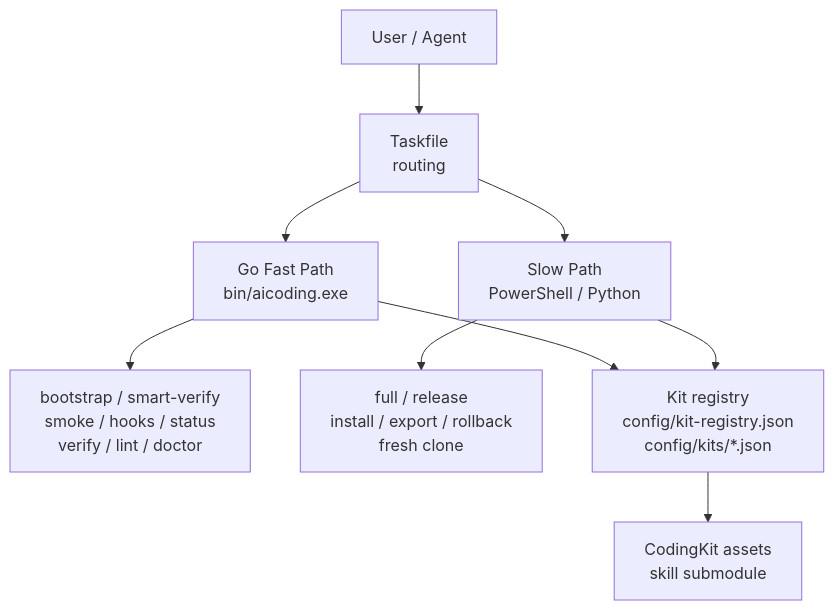
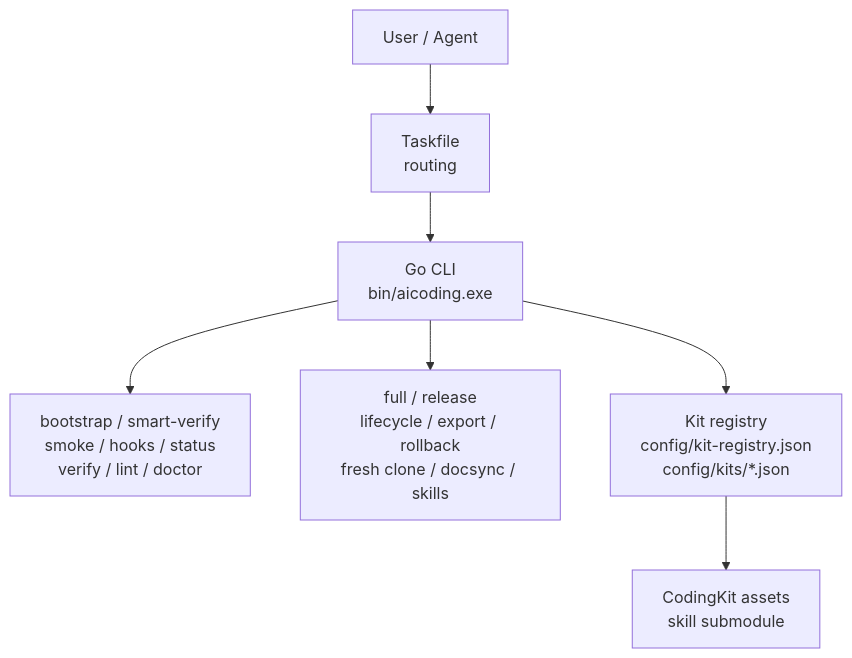
One commit to JiaxI2/AiCoding changed the diagram in README_CN.md. Above: the diagram before and after it, drawn with Mermaid. The commit also changed other lines of this file and 83 other files, not shown here.

Commit message:
feat(go): consolidate lifecycle release docsync commands

````diff
--- a/README_CN.md
+++ b/README_CN.md
@@ -51,11 +48,9 @@
 ```mermaid
 flowchart TD
   User["User / Agent"] --> Taskfile["Taskfile<br/>routing"]
-  Taskfile --> GoCLI["Go Fast Path<br/>bin/aicoding.exe"]
-  Taskfile --> Slow["Slow Path<br/>PowerShell / Python"]
+  Taskfile --> GoCLI["Go CLI<br/>bin/aicoding.exe"]
   GoCLI --> FastChecks["bootstrap / smart-verify<br/>smoke / hooks / status<br/>verify / lint / doctor"]
-  Slow --> Full["full / release<br/>install / export / rollback<br/>fresh clone"]
+  GoCLI --> Full["full / release<br/>lifecycle / export / rollback<br/>fresh clone / docsync / skills"]
   GoCLI --> Registry["Kit registry<br/>config/kit-registry.json<br/>config/kits/*.json"]
-  Slow --> Registry
   Registry --> CodingKit["CodingKit assets<br/>skill submodule"]
 ```
````
